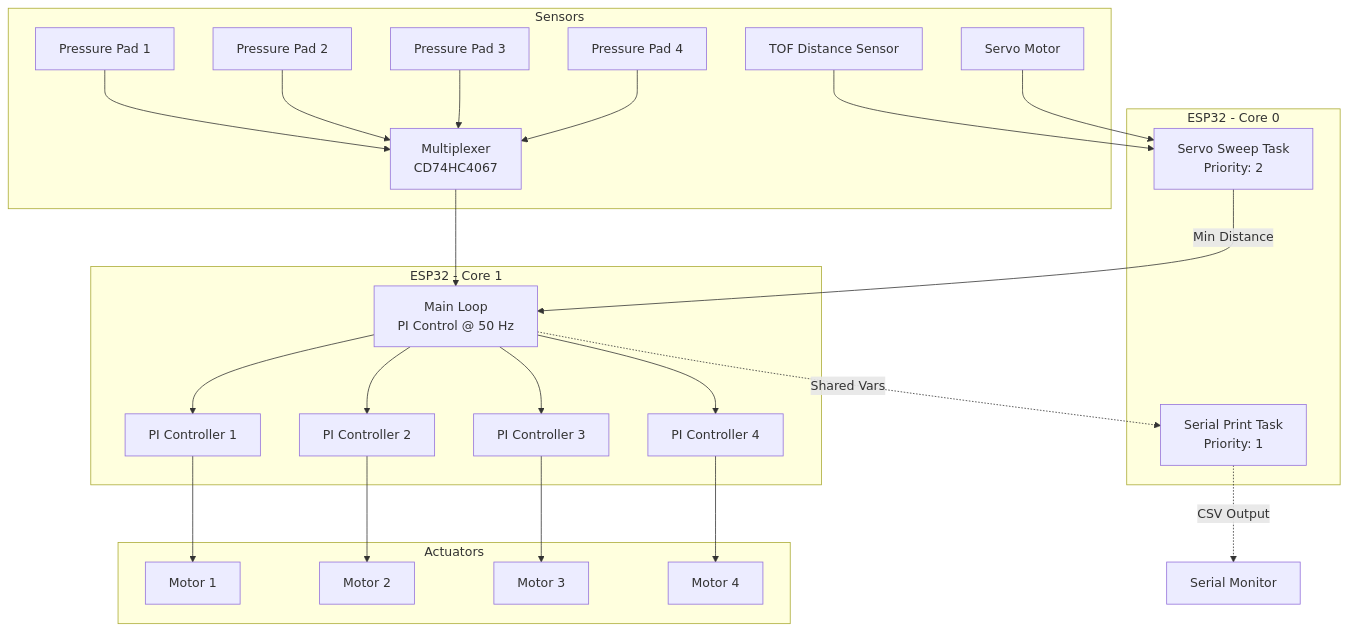
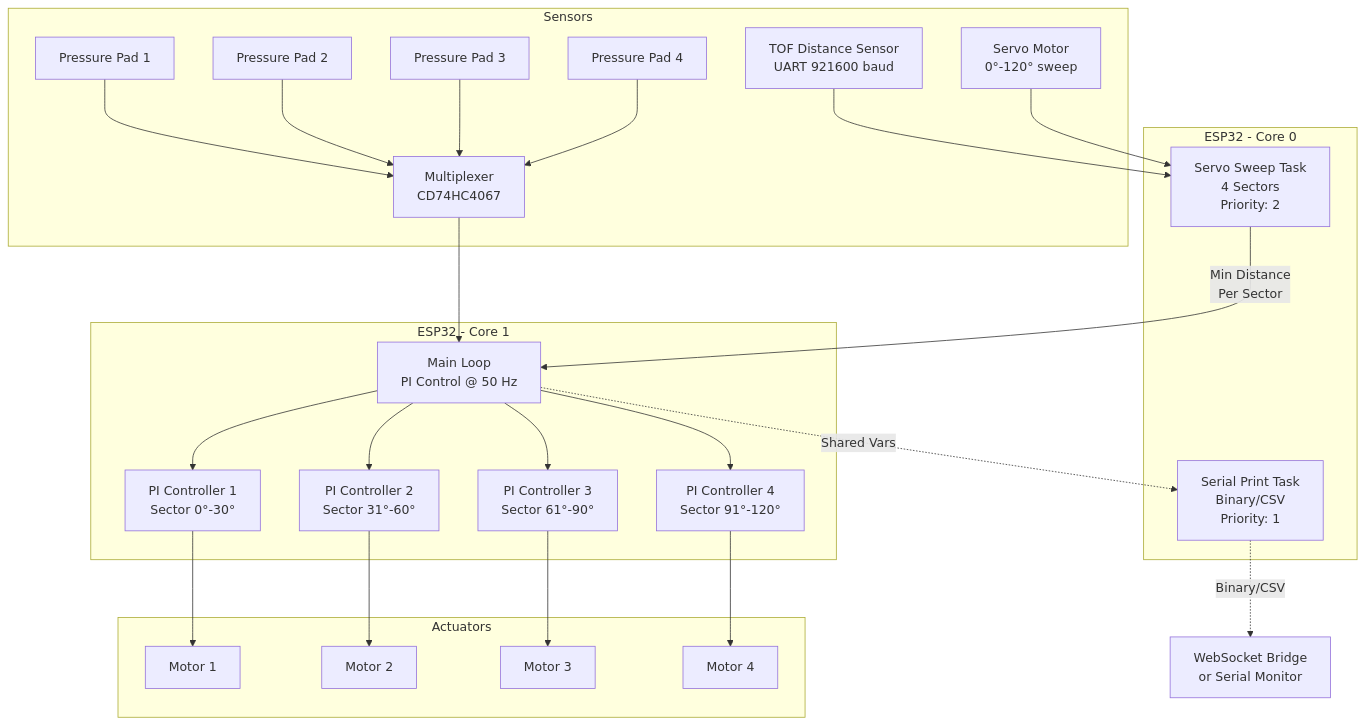
The first of 8 diagrams in docs/architecture.md (raseone19/ME-410), drawn with Mermaid before and after one commit. The commit also changed other lines of this file and 12 other files, not shown here.

````diff
--- a/docs/architecture.md
+++ b/docs/architecture.md
@@ -23,50 +24,50 @@
 ```mermaid
 graph TB
     subgraph Sensors
-        TOF[TOF Distance Sensor]
-        Servo[Servo Motor]
+        TOF[TOF Distance Sensor<br/>UART 921600 baud]
+        Servo[Servo Motor<br/>0°-120° sweep]
         PP1[Pressure Pad 1]
         PP2[Pressure Pad 2]
         PP3[Pressure Pad 3]
         PP4[Pressure Pad 4]
         MUX[Multiplexer<br/>CD74HC4067]
     end
 
     subgraph "ESP32 - Core 0"
-        SweepTask[Servo Sweep Task<br/>Priority: 2]
-        LogTask[Serial Print Task<br/>Priority: 1]
+        SweepTask[Servo Sweep Task<br/>4 Sectors<br/>Priority: 2]
+        LogTask[Serial Print Task<br/>Binary/CSV<br/>Priority: 1]
     end
 
     subgraph "ESP32 - Core 1"
         MainLoop[Main Loop<br/>PI Control @ 50 Hz]
-        PI1[PI Controller 1]
-        PI2[PI Controller 2]
-        PI3[PI Controller 3]
-        PI4[PI Controller 4]
+        PI1[PI Controller 1<br/>Sector 0°-30°]
+        PI2[PI Controller 2<br/>Sector 31°-60°]
+        PI3[PI Controller 3<br/>Sector 61°-90°]
+        PI4[PI Controller 4<br/>Sector 91°-120°]
     end
 
     subgraph Actuators
         M1[Motor 1]
         M2[Motor 2]
         M3[Motor 3]
         M4[Motor 4]
     end
 
     TOF --> SweepTask
     Servo --> SweepTask
-    SweepTask -->|Min Distance| MainLoop
+    SweepTask -->|Min Distance<br/>Per Sector| MainLoop
 
     PP1 --> MUX
     PP2 --> MUX
     PP3 --> MUX
     PP4 --> MUX
     MUX --> MainLoop
 
     MainLoop --> PI1 --> M1
     MainLoop --> PI2 --> M2
     MainLoop --> PI3 --> M3
     MainLoop --> PI4 --> M4
 
     MainLoop -.->|Shared Vars| LogTask
-    LogTask -.->|CSV Output| Serial[Serial Monitor]
+    LogTask -.->|Binary/CSV| Serial[WebSocket Bridge<br/>or Serial Monitor]
 ```
````
